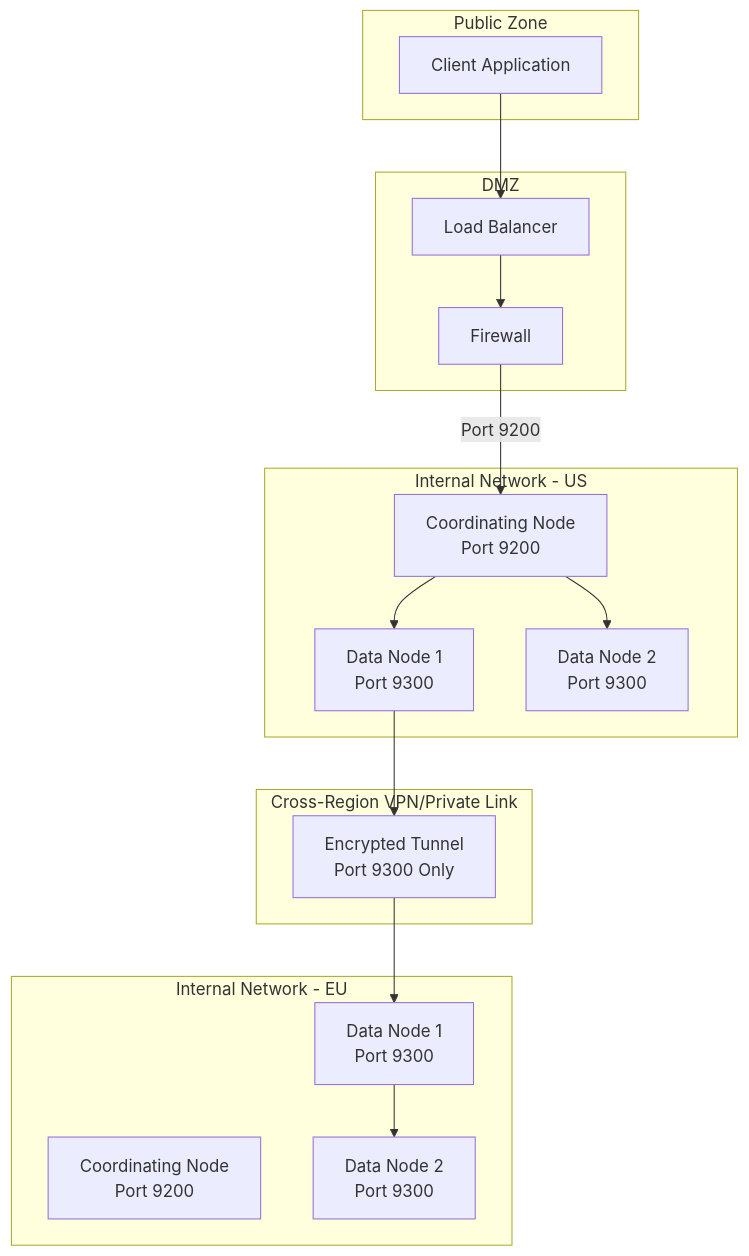
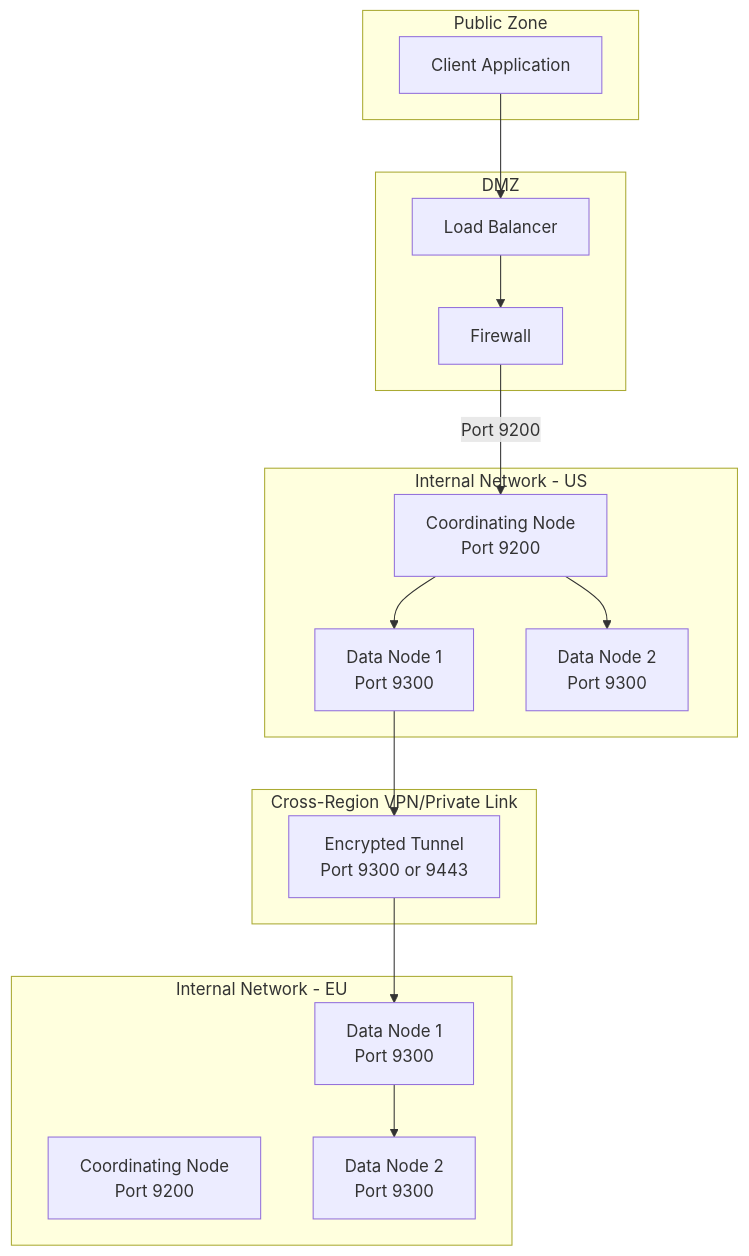
Before and after one commit to OneUptime/blog: the third of 5 diagrams in posts/2026-01-27-elasticsearch-cross-cluster-search/README.md, drawn with Mermaid. The commit also changed other lines of this file and 2 other files, not shown here.

````diff
--- a/posts/2026-01-27-elasticsearch-cross-cluster-search/README.md
+++ b/posts/2026-01-27-elasticsearch-cross-cluster-search/README.md
@@ -650,36 +645,36 @@
 ```mermaid
 graph TB
     subgraph "Public Zone"
         Client[Client Application]
     end
 
     subgraph "DMZ"
         LB[Load Balancer]
         FW1[Firewall]
     end
 
     subgraph "Internal Network - US"
         US_COORD[Coordinating Node<br/>Port 9200]
         US_DATA1[Data Node 1<br/>Port 9300]
         US_DATA2[Data Node 2<br/>Port 9300]
     end
 
     subgraph "Internal Network - EU"
         EU_COORD[Coordinating Node<br/>Port 9200]
         EU_DATA1[Data Node 1<br/>Port 9300]
         EU_DATA2[Data Node 2<br/>Port 9300]
     end
 
     subgraph "Cross-Region VPN/Private Link"
-        VPN[Encrypted Tunnel<br/>Port 9300 Only]
+        VPN[Encrypted Tunnel<br/>Port 9300 or 9443]
     end
 
     Client --> LB
     LB --> FW1
     FW1 -->|Port 9200| US_COORD
     US_COORD --> US_DATA1
     US_COORD --> US_DATA2
     US_DATA1 --> VPN
     VPN --> EU_DATA1
     EU_DATA1 --> EU_DATA2
 ```
````
